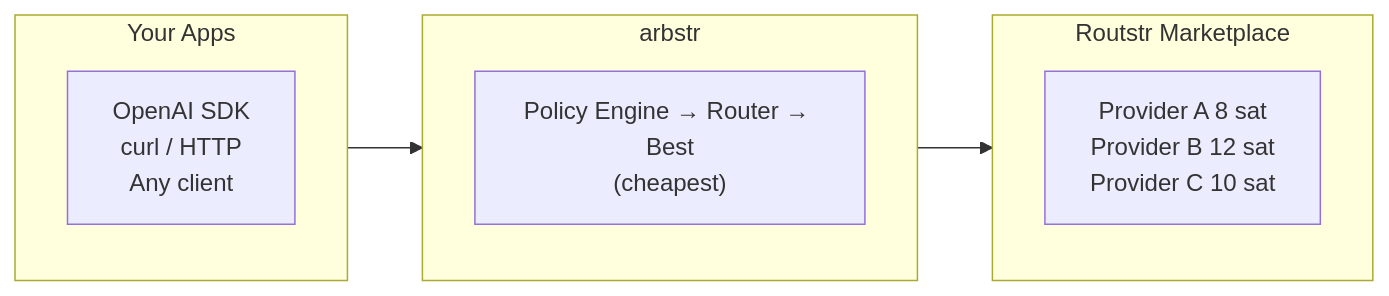
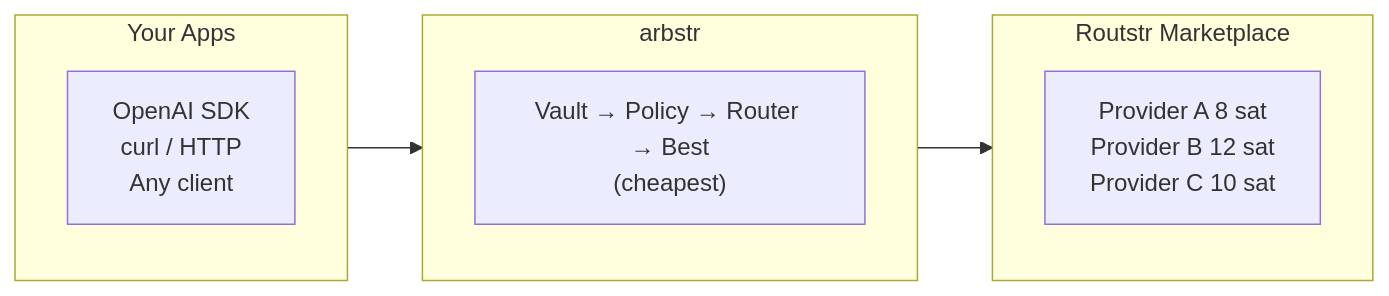
Before and after one commit to johnzilla/arbstr: the diagram in README.md, drawn with Mermaid. The commit also changed other lines of this file and 2 other files, not shown here.

First line of the commit message:
docs: update all docs for v1.6 vault treasury integration

````diff
--- a/README.md
+++ b/README.md
@@ -7,19 +7,19 @@
 ```mermaid
 flowchart LR
     subgraph Apps["Your Apps"]
         direction TB
         A1["OpenAI SDK<br>curl / HTTP<br>Any client"]
     end
 
     subgraph Arbstr["arbstr"]
         direction TB
-        B1["Policy Engine → Router → Best<br>(cheapest)"]
+        B1["Vault → Policy → Router → Best<br>(cheapest)"]
     end
 
     subgraph Routstr["Routstr Marketplace"]
         direction TB
         C1["Provider A  8 sat<br>Provider B 12 sat<br>Provider C 10 sat"]
     end
 
     Apps --> Arbstr --> Routstr
 ```
````
